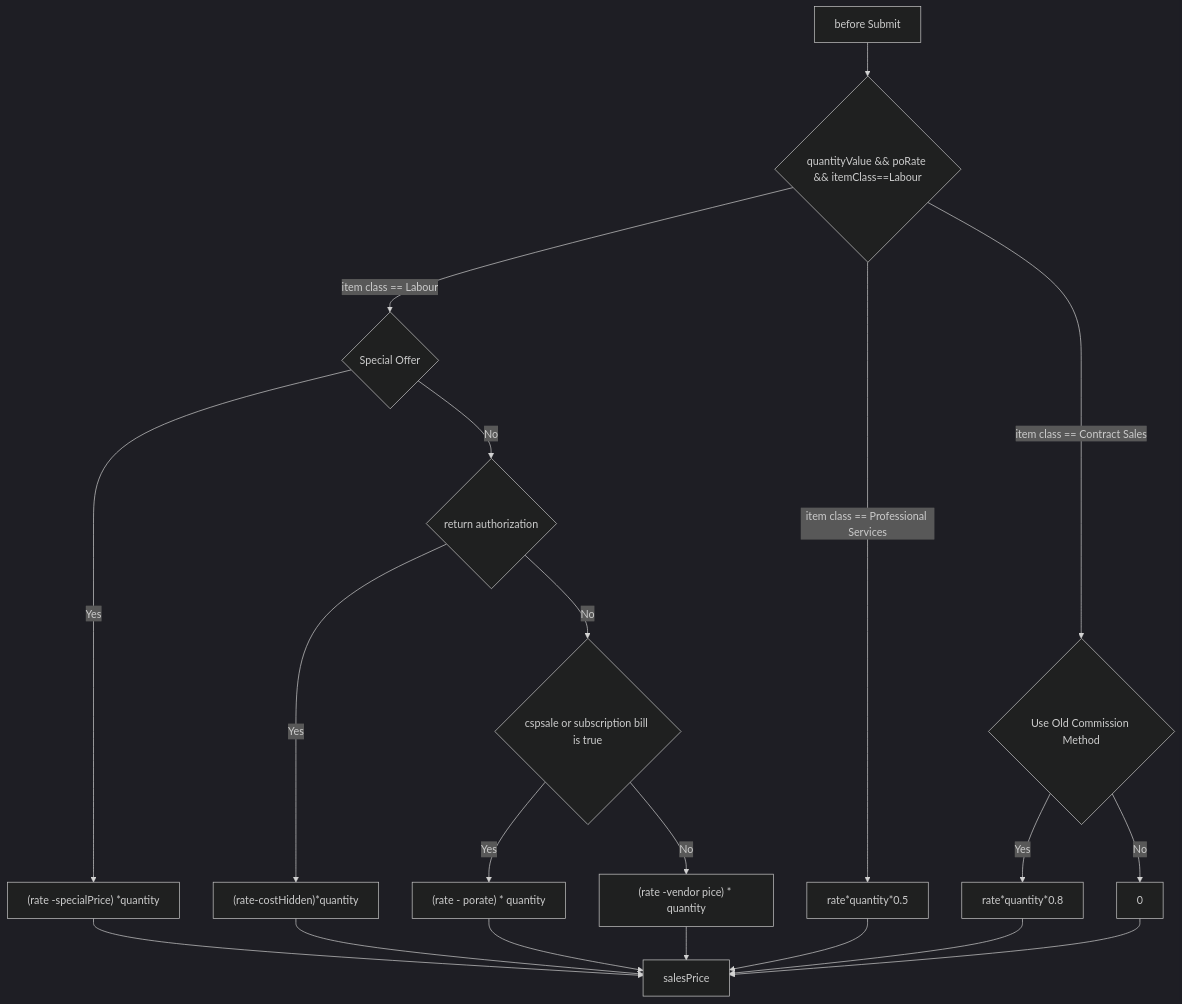
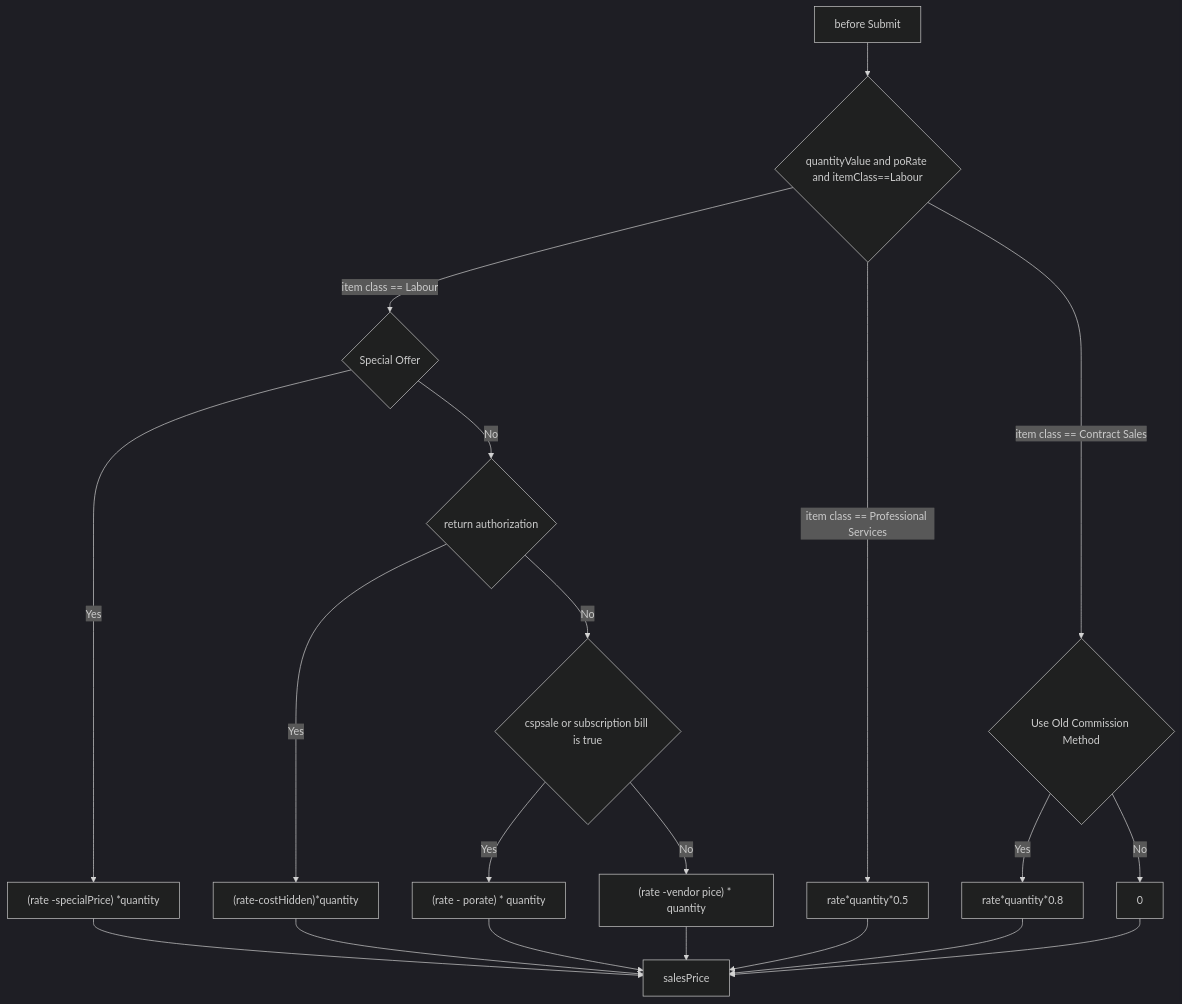
The diagram in docs/Customers/DIS/UserEventScript_DIS_salesorderTotalCost.md (FOSheffield/documentation), drawn with Mermaid (dark theme) before and after one commit. The commit also changed 5 other files, not shown here.

````diff
--- a/docs/Customers/DIS/UserEventScript_DIS_salesorderTotalCost.md
+++ b/docs/Customers/DIS/UserEventScript_DIS_salesorderTotalCost.md
@@ -2,11 +2,11 @@
 ```mermaid
 graph TD;
     A[before Submit] -->B
-    B{quantityValue && poRate && itemClass==Labour }-->| item class == Labour| C{Special Offer} --> |Yes| D["(rate -specialPrice) *quantity"] -->E[salesPrice];
+    B{quantityValue and poRate and itemClass==Labour }-->| item class == Labour| C{Special Offer} --> |Yes| D["(rate -specialPrice) *quantity"] -->E[salesPrice];
     C-->|No| F{return authorization}-->|Yes|G["(rate-costHidden)*quantity"] -->E;
     F-->|No|I{cspsale or subscription bill is true} -->|Yes|J["(rate - porate) * quantity"] -->E;
     I-->|No|H["(rate -vendor pice) * quantity"]-->E;
     B-->|item class == Professional Services| K[rate*quantity*0.5]-->E;
     B-->|item class == Contract Sales| L{"Use Old Commission Method	"} -->|Yes|M[rate*quantity*0.8]-->E;
     L-->|No|N[0] -->E
 ```
````
